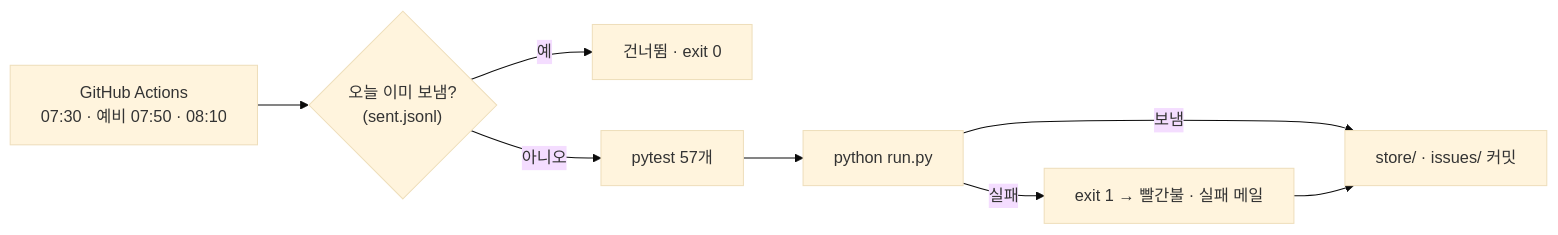
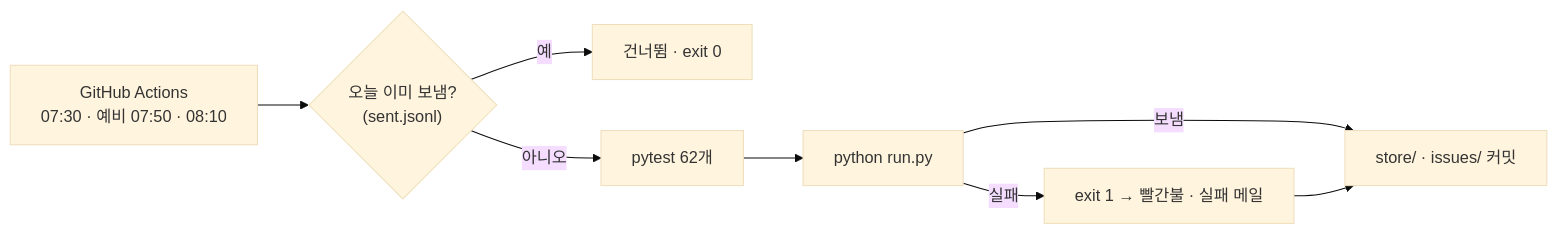
The second of 2 diagrams in REPORT.md (Lightnine999/my-newsletter-agent), drawn with Mermaid (base theme) before and after one commit. The commit also changed other lines of this file and 8 other files, not shown here.

````diff
--- a/REPORT.md
+++ b/REPORT.md
@@ -176,8 +197,8 @@
 ```mermaid
 flowchart LR
     A["GitHub Actions<br/>07:30 · 예비 07:50 · 08:10"] --> B{"오늘 이미 보냄?<br/>(sent.jsonl)"}
     B -->|예| C[건너뜀 · exit 0]
-    B -->|아니오| D["pytest 57개"] --> E["python run.py"]
+    B -->|아니오| D["pytest 62개"] --> E["python run.py"]
     E -->|보냄| F["store/ · issues/ 커밋"]
     E -->|실패| G["exit 1 → 빨간불 · 실패 메일"] --> F
 ```
````
